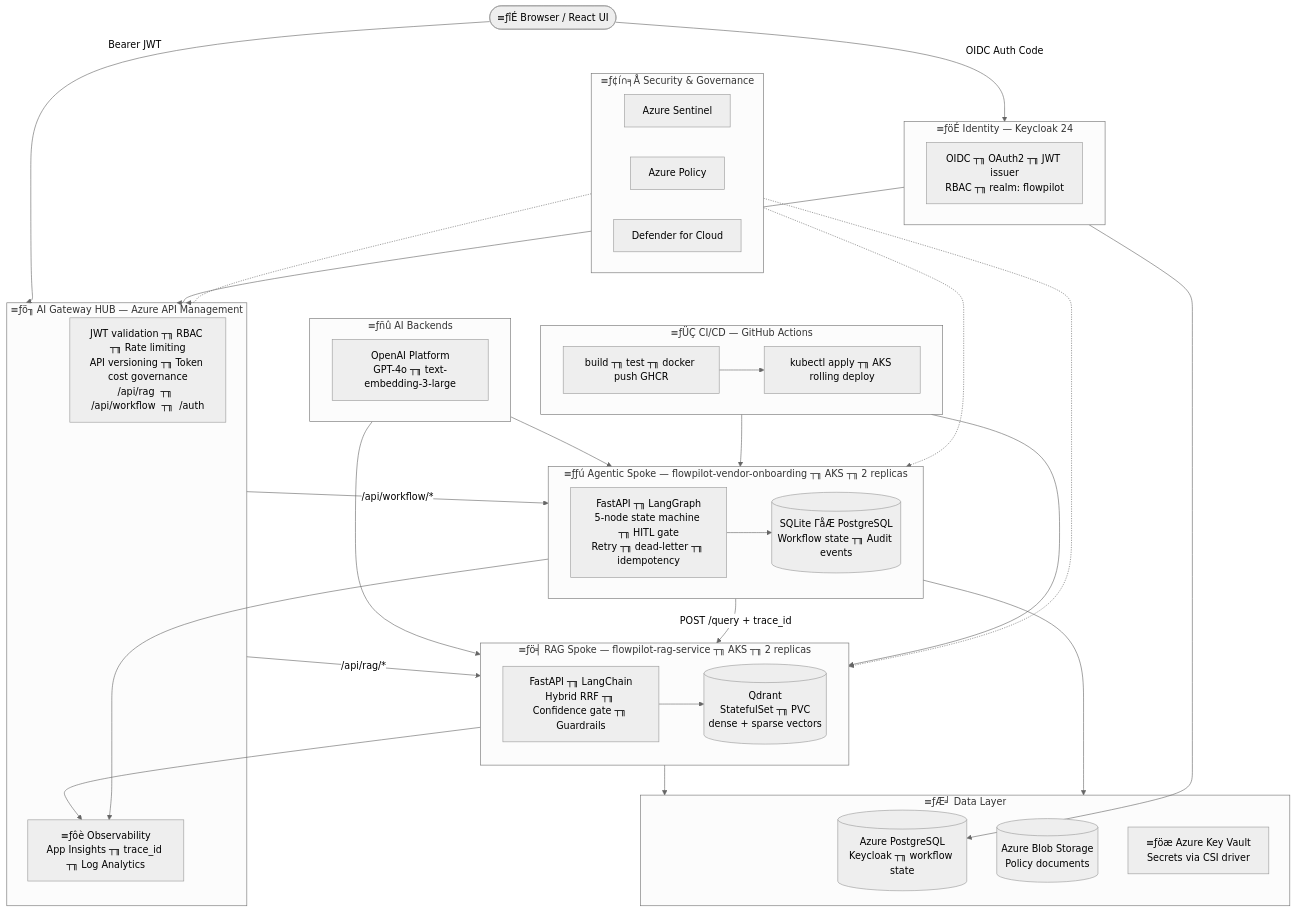
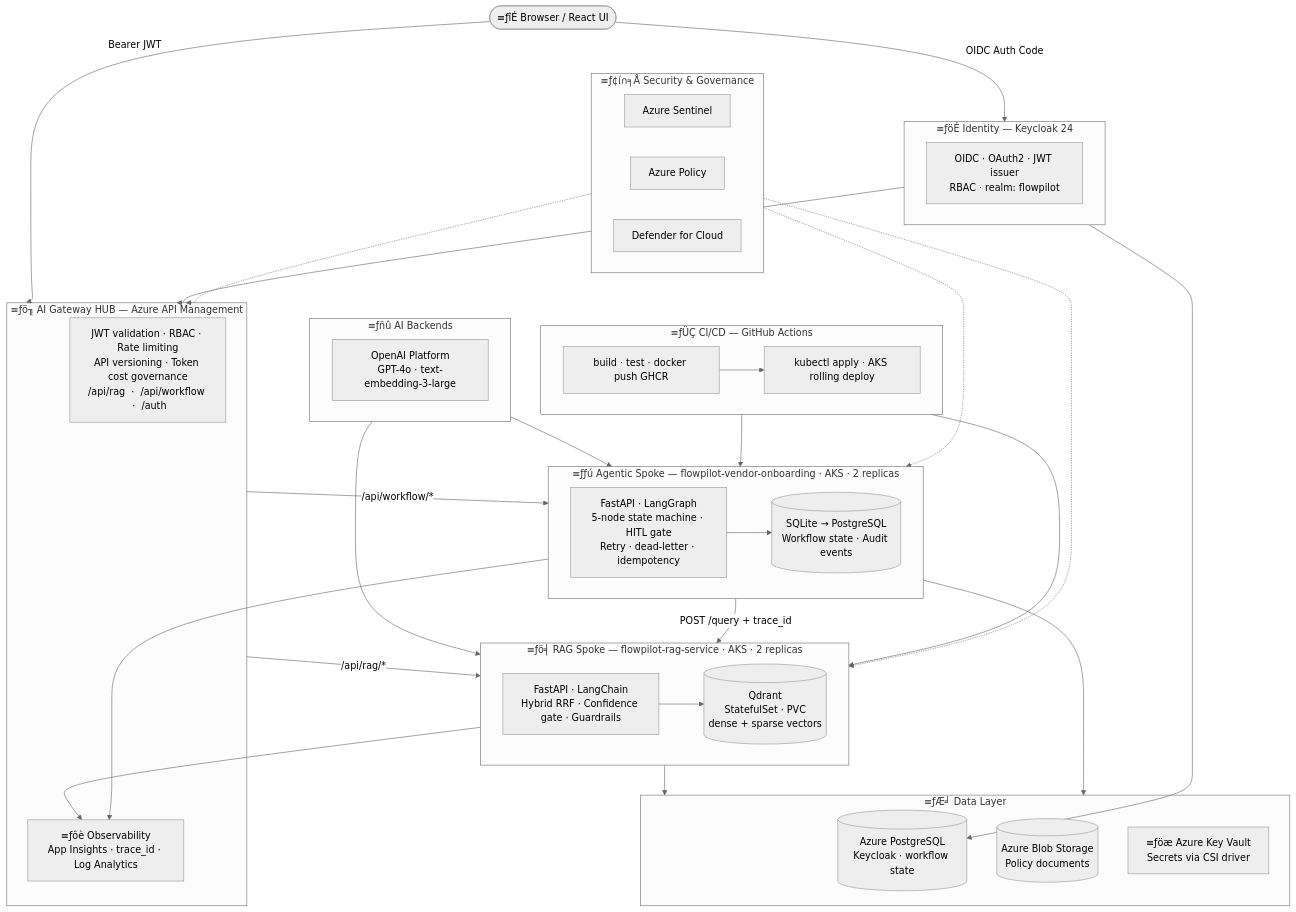
Before and after one commit to nitindra-soekhai/flowpilot-docs: the second of 4 diagrams in README.md, drawn with Mermaid (neutral theme). The commit also changed other lines of this file, not shown here.

````diff
--- a/README.md
+++ b/README.md
@@ -203,72 +203,72 @@
 ```mermaid
 flowchart TB
     Browser(["≡ƒîÉ Browser / React UI"])
 
     subgraph IDENTITY ["≡ƒöÉ Identity — Keycloak 24"]
-        KC["OIDC ┬╖ OAuth2 ┬╖ JWT issuer\nRBAC ┬╖ realm: flowpilot"]
+        KC["OIDC · OAuth2 · JWT issuer\nRBAC · realm: flowpilot"]
     end
 
     subgraph AI_BACKENDS ["≡ƒñû AI Backends"]
-        OAI["OpenAI Platform\nGPT-4o ┬╖ text-embedding-3-large"]
+        OAI["OpenAI Platform\nGPT-4o · text-embedding-3-large"]
     end
 
     subgraph HUB ["≡ƒö╖ AI Gateway HUB — Azure API Management"]
-        APIM["JWT validation ┬╖ RBAC ┬╖ Rate limiting\nAPI versioning ┬╖ Token cost governance\n/api/rag  ┬╖  /api/workflow  ┬╖  /auth"]
-        OBS["≡ƒôè Observability\nApp Insights ┬╖ trace_id ┬╖ Log Analytics"]
+        APIM["JWT validation · RBAC · Rate limiting\nAPI versioning · Token cost governance\n/api/rag  ·  /api/workflow  ·  /auth"]
+        OBS["≡ƒôè Observability\nApp Insights · trace_id · Log Analytics"]
     end
 
-    subgraph RAG_SPOKE ["≡ƒö╡ RAG Spoke — flowpilot-rag-service ┬╖ AKS ┬╖ 2 replicas"]
-        RAG["FastAPI ┬╖ LangChain\nHybrid RRF ┬╖ Confidence gate ┬╖ Guardrails"]
-        QD[("Qdrant\nStatefulSet ┬╖ PVC\ndense + sparse vectors")]
+    subgraph RAG_SPOKE ["≡ƒö╡ RAG Spoke — flowpilot-rag-service · AKS · 2 replicas"]
+        RAG["FastAPI · LangChain\nHybrid RRF · Confidence gate · Guardrails"]
+        QD[("Qdrant\nStatefulSet · PVC\ndense + sparse vectors")]
         RAG --> QD
     end
 
-    subgraph AGENT_SPOKE ["≡ƒƒú Agentic Spoke — flowpilot-vendor-onboarding ┬╖ AKS ┬╖ 2 replicas"]
-        ONB["FastAPI ┬╖ LangGraph\n5-node state machine ┬╖ HITL gate\nRetry ┬╖ dead-letter ┬╖ idempotency"]
-        WF[("SQLite ΓåÆ PostgreSQL\nWorkflow state ┬╖ Audit events")]
+    subgraph AGENT_SPOKE ["≡ƒƒú Agentic Spoke — flowpilot-vendor-onboarding · AKS · 2 replicas"]
+        ONB["FastAPI · LangGraph\n5-node state machine · HITL gate\nRetry · dead-letter · idempotency"]
+        WF[("SQLite → PostgreSQL\nWorkflow state · Audit events")]
         ONB --> WF
     end
 
     subgraph DATA ["≡ƒÆ╛ Data Layer"]
-        PG[("Azure PostgreSQL\nKeycloak ┬╖ workflow state")]
+        PG[("Azure PostgreSQL\nKeycloak · workflow state")]
         BLOB[("Azure Blob Storage\nPolicy documents")]
         KV["≡ƒöæ Azure Key Vault\nSecrets via CSI driver"]
     end
 
     subgraph CICD ["≡ƒÜÇ CI/CD — GitHub Actions"]
-        GHA["build ┬╖ test ┬╖ docker push GHCR"]
-        K8S["kubectl apply ┬╖ AKS rolling deploy"]
+        GHA["build · test · docker push GHCR"]
+        K8S["kubectl apply · AKS rolling deploy"]
         GHA --> K8S
     end
 
     subgraph SECURITY ["≡ƒ¢í∩╕Å Security & Governance"]
         SEN["Azure Sentinel"]
         POL["Azure Policy"]
         DEF["Defender for Cloud"]
     end
 
     Browser -- "OIDC Auth Code" --> IDENTITY
     Browser -- "Bearer JWT" --> HUB
     IDENTITY --> HUB
     AI_BACKENDS --> RAG_SPOKE
     AI_BACKENDS --> AGENT_SPOKE
 
     HUB -- "/api/rag/*" --> RAG_SPOKE
     HUB -- "/api/workflow/*" --> AGENT_SPOKE
 
     AGENT_SPOKE -- "POST /query + trace_id" --> RAG_SPOKE
 
     RAG_SPOKE --> DATA
     AGENT_SPOKE --> DATA
     IDENTITY --> PG
 
     RAG_SPOKE --> OBS
     AGENT_SPOKE --> OBS
 
     CICD --> AGENT_SPOKE
     CICD --> RAG_SPOKE
 
     SECURITY -.-> HUB
     SECURITY -.-> RAG_SPOKE
     SECURITY -.-> AGENT_SPOKE
 ```
````
